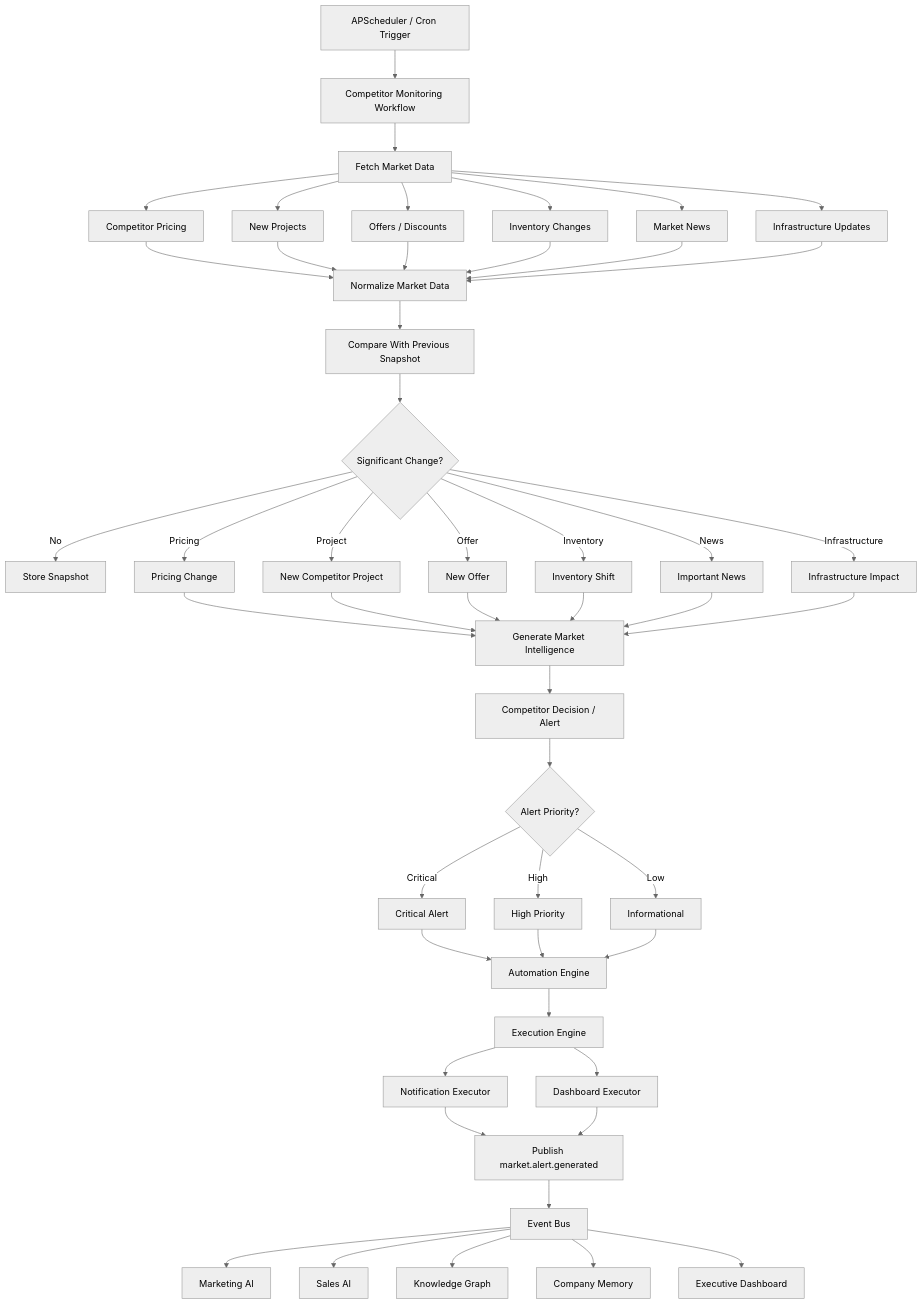
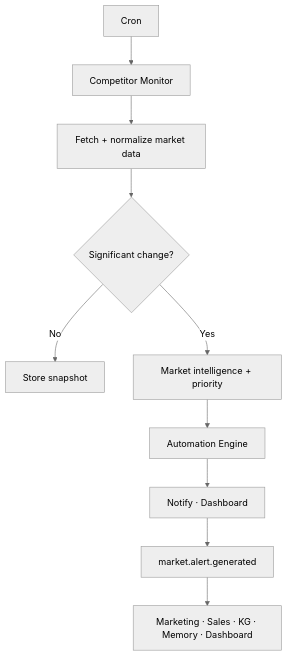
Before and after one commit to imperiondata/real-estate-ai-lead-agent: the sixth of 8 diagrams in plans/IREIOS_3.0_AI_Automation_Workflows.md, drawn with Mermaid (neutral theme). The commit also changed other lines of this file and 2 other files, not shown here.

Commit message:
docs: updated architecture diagrams and implementation plans based on current scope and requirements

````diff
--- a/plans/IREIOS_3.0_AI_Automation_Workflows.md
+++ b/plans/IREIOS_3.0_AI_Automation_Workflows.md
@@ -470,48 +205,11 @@
-``` mermaid
+```mermaid
 flowchart TD
- P1[APScheduler / Cron Trigger] --> P2[Competitor Monitoring Workflow] --> P3[Fetch Market Data]
- P3 --> PRICE[Competitor Pricing]
- P3 --> PROJ[New Projects]
- P3 --> OFFER[Offers / Discounts]
- P3 --> INV[Inventory Changes]
- P3 --> NEWS[Market News]
- P3 --> INFRA[Infrastructure Updates]
- PRICE --> N[Normalize Market Data]
- PROJ --> N
- OFFER --> N
- INV --> N
- NEWS --> N
- INFRA --> N
- N --> COMP[Compare With Previous Snapshot] --> CHANGE{Significant Change?}
- CHANGE -->|No| STORE[Store Snapshot]
- CHANGE -->|Pricing| PC[Pricing Change]
- CHANGE -->|Project| NP[New Competitor Project]
- CHANGE -->|Offer| NO[New Offer]
- CHANGE -->|Inventory| IS[Inventory Shift]
- CHANGE -->|News| IN[Important News]
- CHANGE -->|Infrastructure| II[Infrastructure Impact]
- PC --> MI[Generate Market Intelligence]
- NP --> MI
- NO --> MI
- IS --> MI
- IN --> MI
- II --> MI
- MI --> DEC[Competitor Decision / Alert] --> PRI{Alert Priority?}
- PRI -->|Critical| CR[Critical Alert]
- PRI -->|High| HP[High Priority]
- PRI -->|Low| INFO[Informational]
- CR --> AE[Automation Engine]
- HP --> AE
- INFO --> AE
- AE --> EE[Execution Engine]
- EE --> NOT[Notification Executor]
- EE --> DASHX[Dashboard Executor]
- NOT --> EVT[Publish market.alert.generated]
- DASHX --> EVT
- EVT --> EB[Event Bus]
- EB --> MA[Marketing AI]
- EB --> SA[Sales AI]
- EB --> KG[Knowledge Graph]
- EB --> MEM[Company Memory]
- EB --> DASH[Executive Dashboard]
+  P1[Cron] --> P2[Competitor Monitor]
+  P2 --> P3[Fetch + normalize market data]
+  P3 --> P4{Significant change?}
+  P4 -->|No| STORE[Store snapshot]
+  P4 -->|Yes| MI[Market intelligence + priority]
+  MI --> AE[Automation Engine] --> EE[Notify · Dashboard]
+  EE --> EVT[market.alert.generated]
+  EVT --> FAN[Marketing · Sales · KG · Memory · Dashboard]
 ```
````
